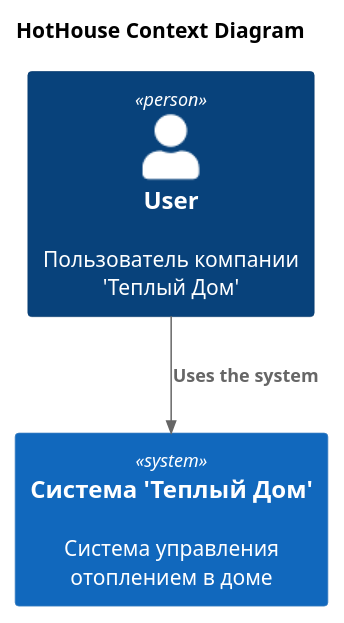
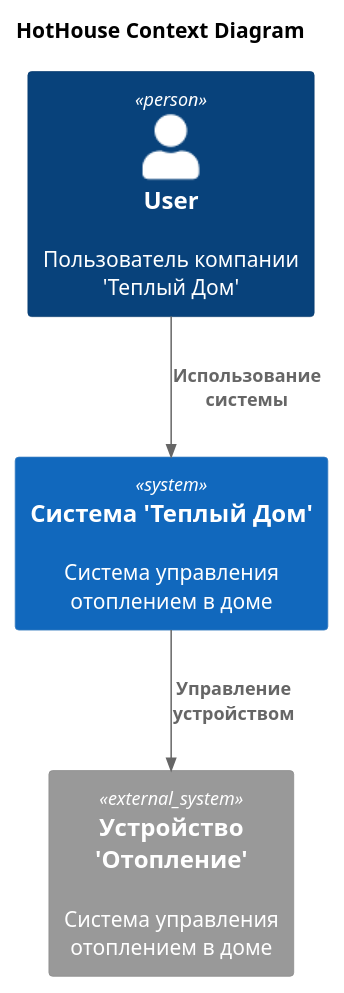
Before and after one commit to EvgeniyRybalkin/architecture-sprint-3: the diagram in docs/architecture/asis/Context.puml, drawn with PlantUML. The commit also changed 4 other files, not shown here.

```diff
--- a/docs/architecture/asis/Context.puml
+++ b/docs/architecture/asis/Context.puml
@@ -1,13 +1,16 @@
 @startuml
 title HotHouse Context Diagram
 
 top to bottom direction
 
 !includeurl https://raw.githubusercontent.com/RicardoNiepel/C4-PlantUML/master/C4_Component.puml
 
 Person(user, "User", "Пользователь компании 'Теплый Дом'")
 System(HotHouse, "Система 'Теплый Дом'", "Система управления отоплением в доме")
 
-Rel(user, HotHouse, "Uses the system")
+System_Ext(HouseHeating, "Устройство 'Отопление'", "Система управления отоплением в доме")
+
+Rel(user, HotHouse, "Использование системы")
+Rel(HotHouse, HouseHeating, "Управление устройством")
 
 @enduml
```
